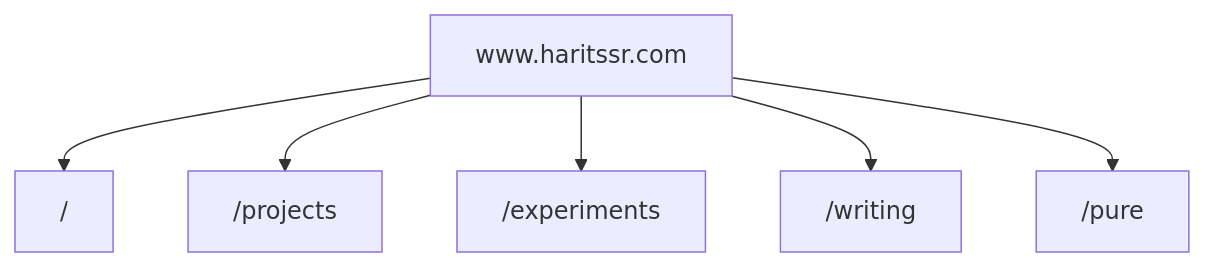
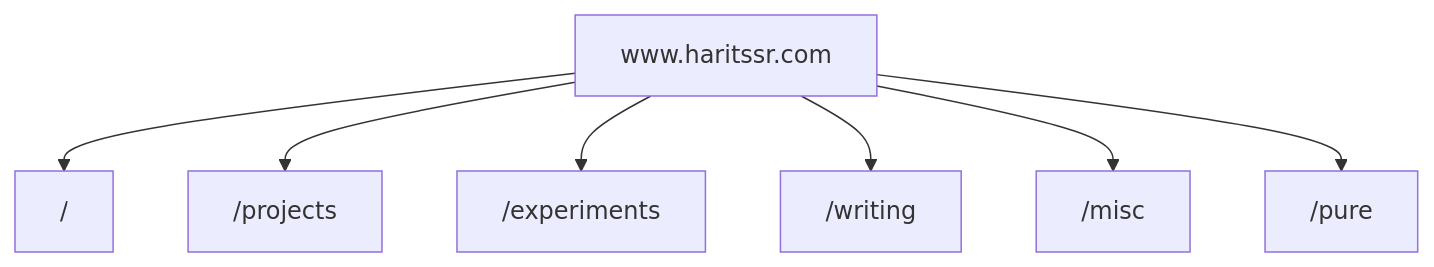
The diagram in README.md (haritssr/haritssr), drawn with Mermaid before and after one commit. The commit also changed other lines of this file and 4 other files, not shown here.

````diff
--- a/README.md
+++ b/README.md
@@ -12,10 +13,11 @@
 ```mermaid
 %%{init: {'flowchart': {'curve': 'basis'}} }%%
 graph TD
   haritssr["www.haritssr.com"]
   haritssr --> home["/"]
   haritssr --> projects["/projects"]
   haritssr --> experiments["/experiments"]
   haritssr --> writing["/writing"]
+  haritssr --> misc["/misc"]
   haritssr --> pure["/pure"]
 ```
````
